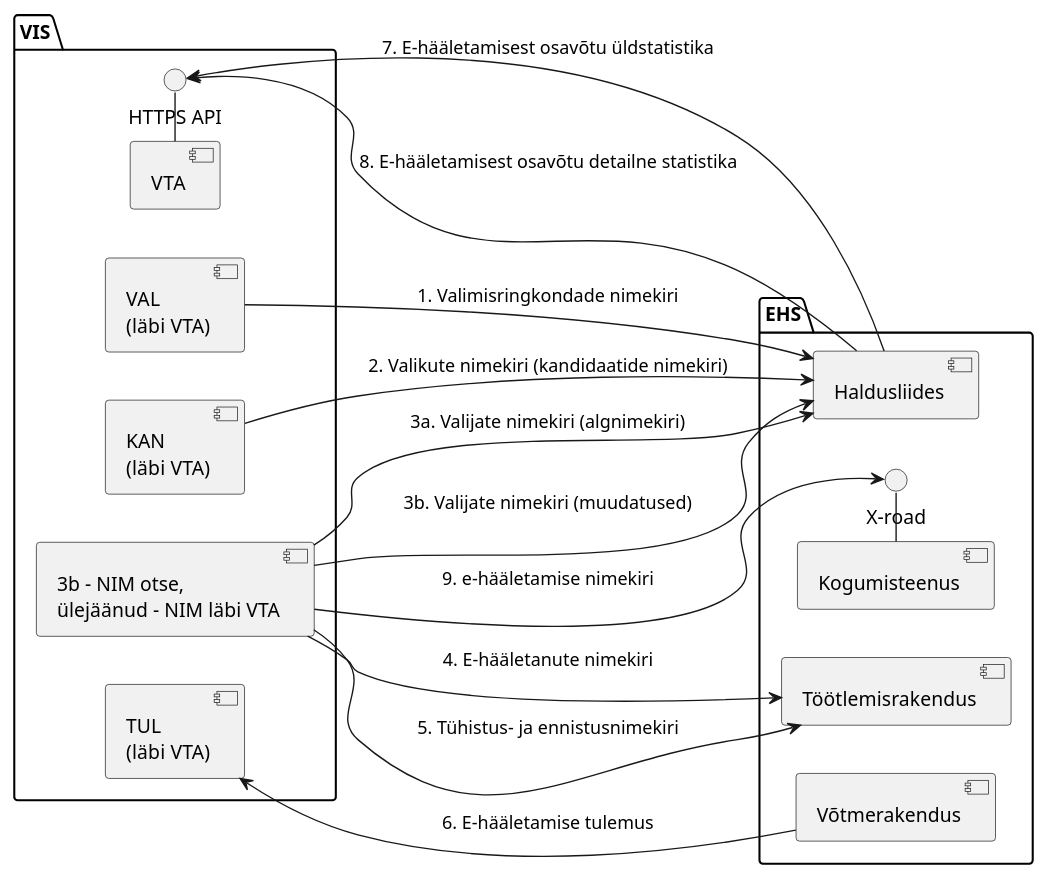
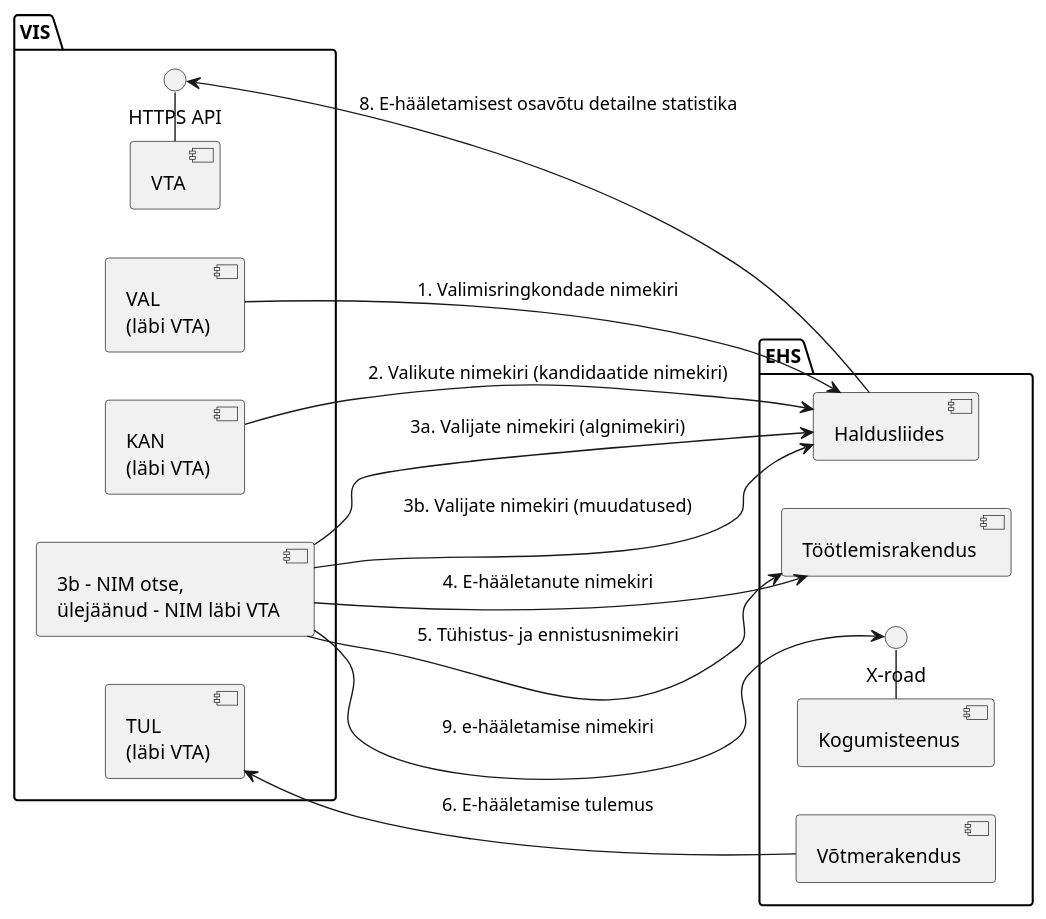
Before and after one commit to e-gov/VIS3-EHS: the diagram in img/vis-ehs.puml, drawn with PlantUML. The commit also changed 23 other files, not shown here.

```diff
--- a/img/vis-ehs.puml
+++ b/img/vis-ehs.puml
@@ -1,73 +1,71 @@
 @startuml
 
 left to right direction
 
 package VIS {
 
   component "VAL\n(läbi VTA)" as VAL {
   }
 
   component "KAN\n(läbi VTA)" as KAN {
   }
 
   component "3b - NIM otse,\nülejäänud - NIM läbi VTA" as NIM {
   }
 
   component "TUL\n(läbi VTA)" as TUL {
   }
 
   () "HTTPS API" as i_vta
 
 
   component "VTA" as VTA {
 
   }
 
   component "NIM" as NIM {
   }
 
 
 }
 
 
 
 package EHS {
 
   component "Haldusliides" as haldus
 
   () "X-road" as i_xroad
 
   component "Kogumisteenus" as collector
 
   component "Töötlemisrakendus" as processor
 
   component "Võtmerakendus" as key
 
 }
 
 
 VAL --> haldus: 1. Valimisringkondade nimekiri
 KAN --> haldus: 2. Valikute nimekiri (kandidaatide nimekiri)
 
 NIM --> haldus: 3a. Valijate nimekiri (algnimekiri)
 NIM --> haldus: 3b. Valijate nimekiri (muudatused)
 NIM --> processor: 4. E-hääletanute nimekiri
 NIM --> processor: 5. Tühistus- ja ennistusnimekiri
 
 
 TUL <-- key: 6. E-hääletamise tulemus
 
 VTA - i_vta
 
-i_vta <-- haldus: 7. E-hääletamisest osavõtu üldstatistika
-
 i_vta <-- haldus: 8. E-hääletamisest osavõtu detailne statistika
 
 
 NIM --> i_xroad: 9. e-hääletamise nimekiri
 collector - i_xroad
 
 
 
 
 @enduml
```
